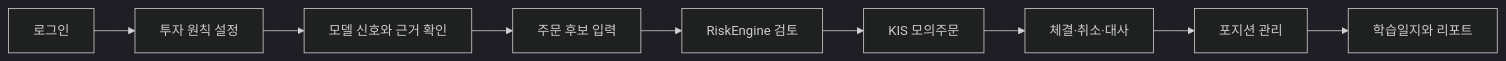
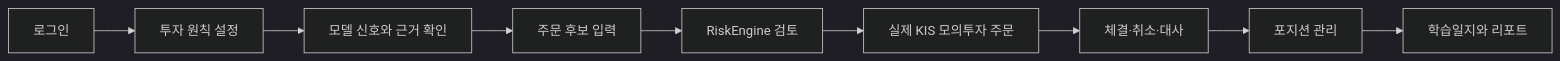
One commit to robinhood0107/Capstone-AI-Trading-Coach changed the first of 2 diagrams in README.md. Above: the diagram before and after it, drawn with Mermaid (dark theme). The commit also changed other lines of this file, not shown here.

````diff
--- a/README.md
+++ b/README.md
@@ -25,11 +77,11 @@
 ```mermaid
 flowchart LR
     A["로그인"] --> B["투자 원칙 설정"]
     B --> C["모델 신호와 근거 확인"]
     C --> D["주문 후보 입력"]
     D --> E["RiskEngine 검토"]
-    E --> F["KIS 모의주문"]
+    E --> F["실제 KIS 모의투자 주문"]
     F --> G["체결·취소·대사"]
     G --> H["포지션 관리"]
     H --> I["학습일지와 리포트"]
 ```
````
